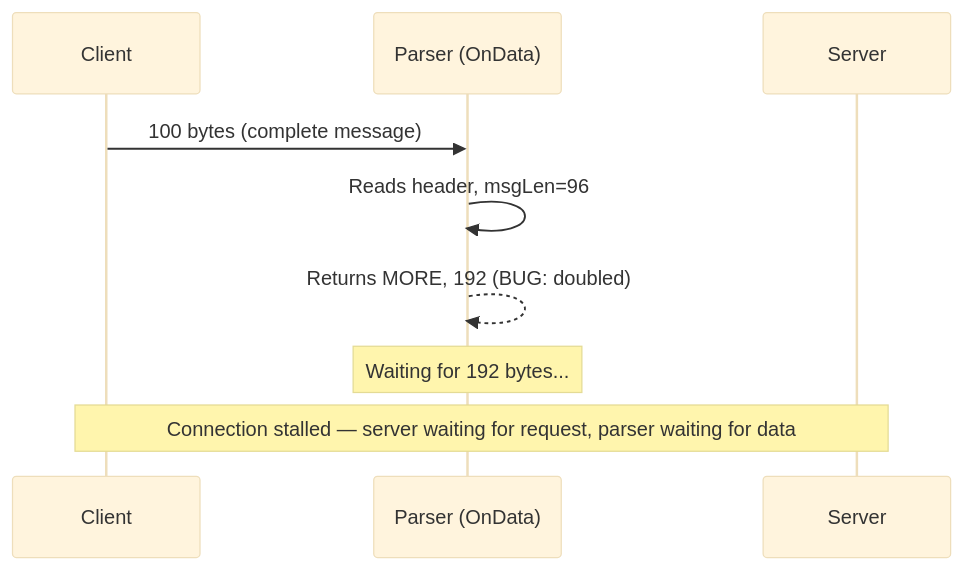
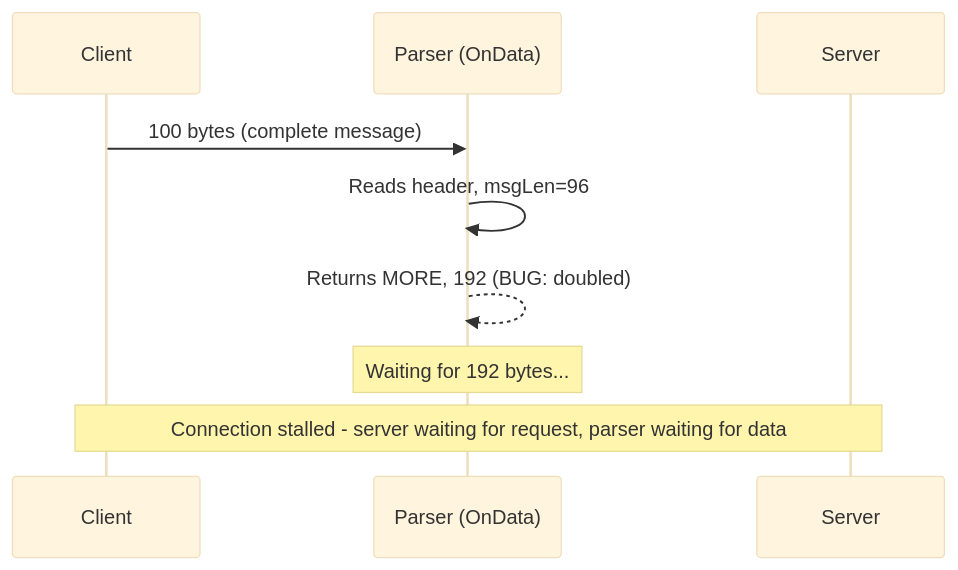
Before and after one commit to OneUptime/blog: the diagram in posts/2026-03-14-troubleshoot-update-ondata-method-cilium/README.md, drawn with Mermaid (base theme). The commit also changed other lines of this file and 33 other files, not shown here.

````diff
--- a/posts/2026-03-14-troubleshoot-update-ondata-method-cilium/README.md
+++ b/posts/2026-03-14-troubleshoot-update-ondata-method-cilium/README.md
@@ -73,12 +73,12 @@
 ```mermaid
 sequenceDiagram
     participant C as Client
     participant P as Parser (OnData)
     participant S as Server
 
     C->>P: 100 bytes (complete message)
     P->>P: Reads header, msgLen=96
     P-->>P: Returns MORE, 192 (BUG: doubled)
     Note over P: Waiting for 192 bytes...
-    Note over C,S: Connection stalled — server waiting for request, parser waiting for data
+    Note over C,S: Connection stalled - server waiting for request, parser waiting for data
 ```
````
